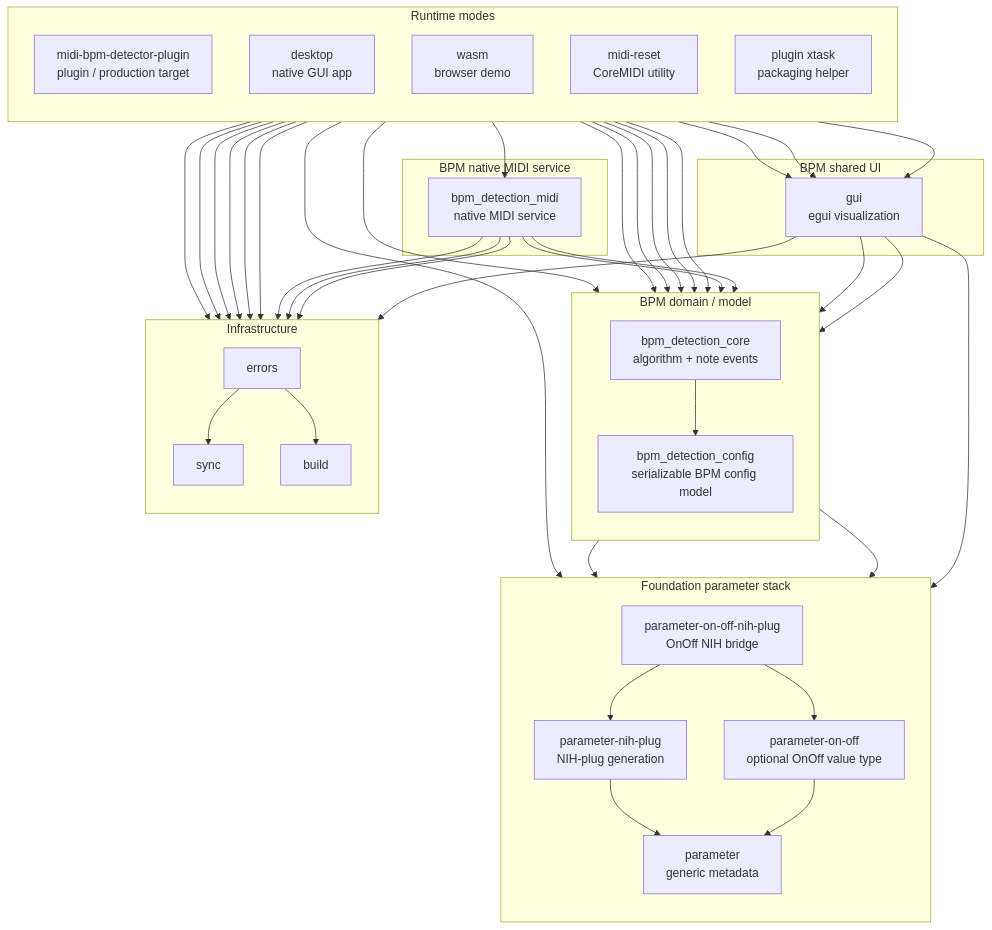
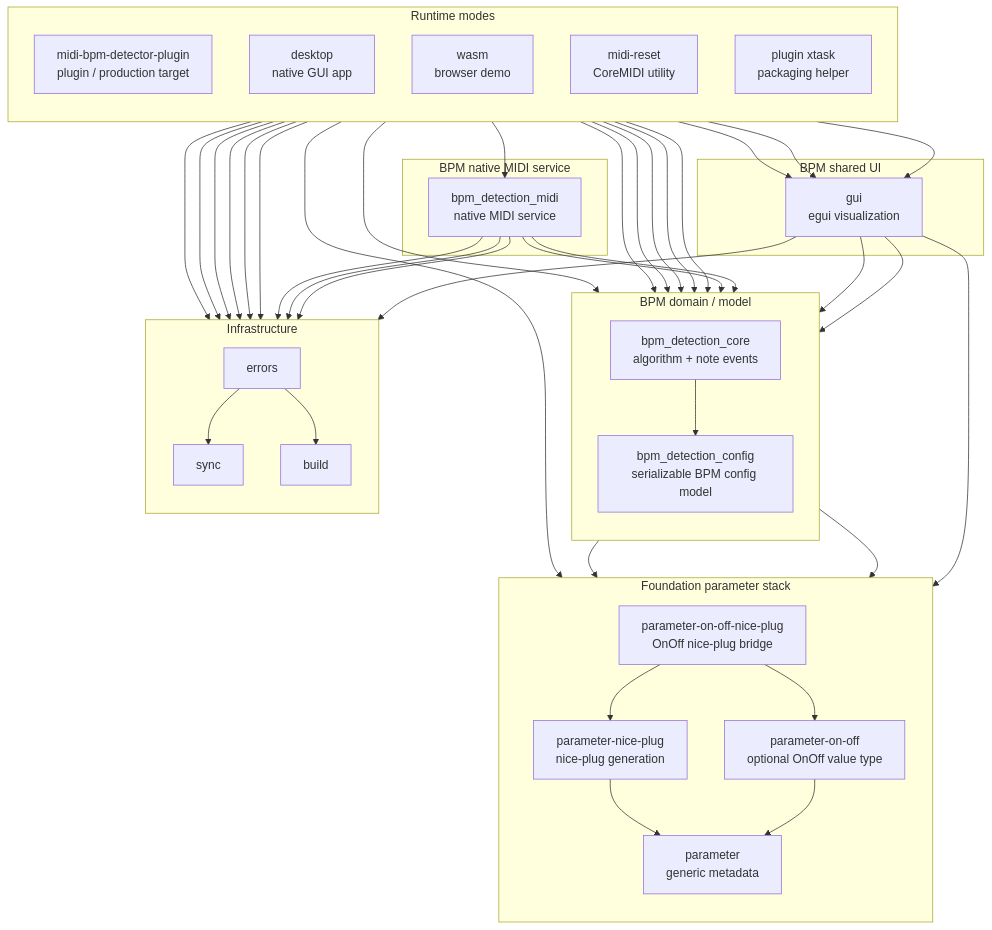
One commit to valsteen/midi_bpm_detection changed the diagram in rust/architecture.md. Above: the diagram before and after it, drawn with Mermaid. The commit also changed other lines of this file and 98 other files, not shown here.

Commit message:
refactor: rename nice-plug parameter adapters

````diff
--- a/rust/architecture.md
+++ b/rust/architecture.md
@@ -24,76 +24,76 @@
 ```mermaid
 flowchart TD
   subgraph modes["Runtime modes"]
     direction TB
     plugin["midi-bpm-detector-plugin<br/>plugin / production target"]
     desktop["desktop<br/>native GUI app"]
     wasm["wasm<br/>browser demo"]
     midi_reset["midi-reset<br/>CoreMIDI utility"]
     xtask["plugin xtask<br/>packaging helper"]
   end
 
   subgraph domain["BPM domain / model"]
     direction TB
     config["bpm_detection_config<br/>serializable BPM config model"]
     core["bpm_detection_core<br/>algorithm + note events"]
   end
 
   subgraph shared_ui["BPM shared UI"]
     gui["gui<br/>egui visualization"]
   end
 
   subgraph native_midi["BPM native MIDI service"]
     midi["bpm_detection_midi<br/>native MIDI service"]
   end
 
   subgraph foundation["Foundation parameter stack"]
     direction TB
-    parameter_on_off_nih["parameter-on-off-nih-plug<br/>OnOff NIH bridge"]
-    parameter_nih["parameter-nih-plug<br/>NIH-plug generation"]
+    parameter_on_off_nice["parameter-on-off-nice-plug<br/>OnOff nice-plug bridge"]
+    parameter_nice["parameter-nice-plug<br/>nice-plug generation"]
     parameter_on_off["parameter-on-off<br/>optional OnOff value type"]
     parameter["parameter<br/>generic metadata"]
   end
 
   subgraph infra["Infrastructure"]
     direction TB
     errors["errors"]
     sync["sync"]
     build["build"]
   end
 
   plugin --> gui
   plugin --> config
   plugin --> core
-  plugin --> parameter_on_off_nih
+  plugin --> parameter_on_off_nice
   plugin --> errors
   plugin --> sync
   desktop --> gui
   desktop --> config
   desktop --> midi
   desktop --> core
   desktop --> errors
   desktop --> sync
   desktop --> build
   wasm --> gui
   wasm --> config
   wasm --> core
   wasm --> errors
   gui --> core
   gui --> config
   gui --> parameter_on_off
   gui --> errors
   config --> parameter
   config --> parameter_on_off
   midi --> core
   midi --> config
   midi --> errors
   midi --> sync
   midi --> build
   core --> config
-  parameter_on_off_nih --> parameter_on_off
-  parameter_on_off_nih --> parameter_nih
-  parameter_nih --> parameter
+  parameter_on_off_nice --> parameter_on_off
+  parameter_on_off_nice --> parameter_nice
+  parameter_nice --> parameter
   parameter_on_off --> parameter
   errors --> sync
   errors --> build
 ```
````
